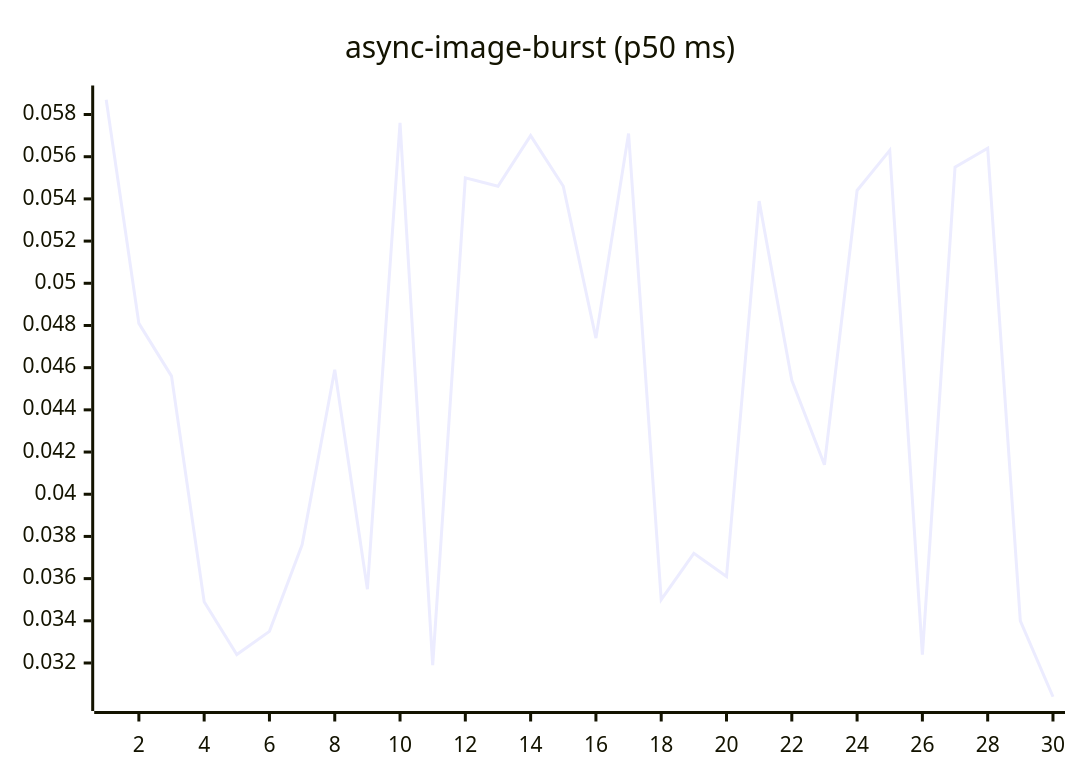
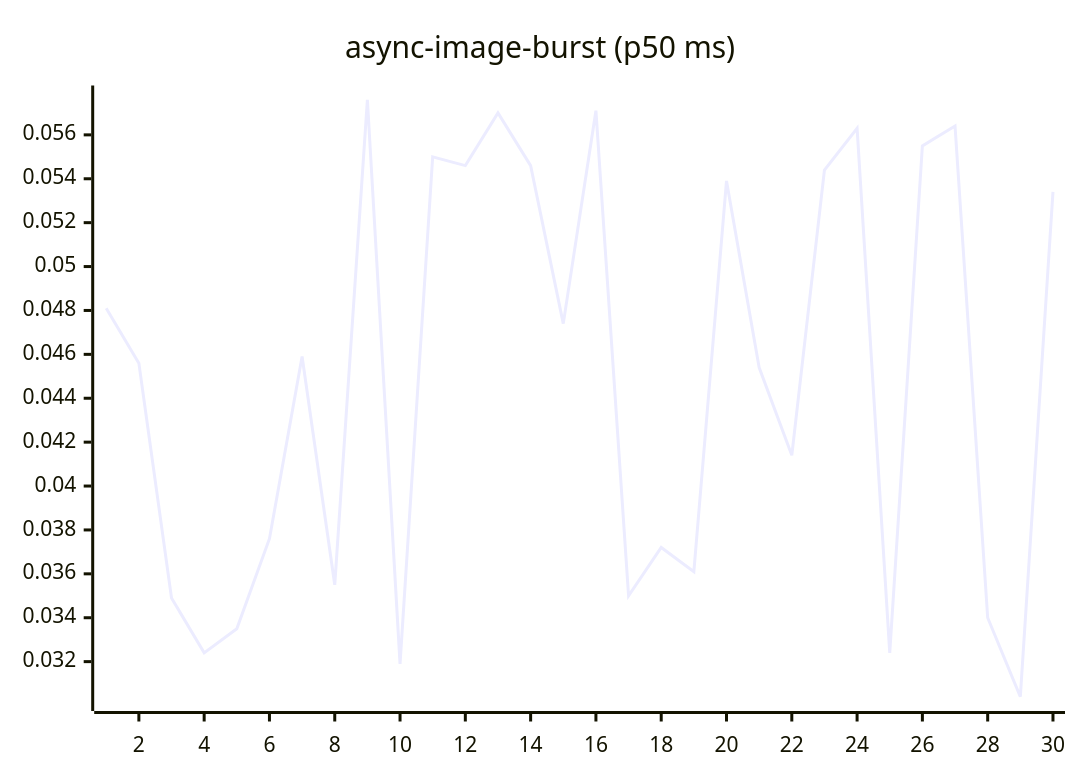
The fourth of 27 diagrams in README.md (josha/Facet), drawn with Mermaid before and after one commit. The commit also changed other lines of this file and 2 other files, not shown here.

````diff
--- a/README.md
+++ b/README.md
@@ -84,6 +84,6 @@
 ```mermaid
 xychart-beta
     title "async-image-burst (p50 ms)"
     x-axis 1 --> 30
-    line [0.0587, 0.0481, 0.0456, 0.0349, 0.0324, 0.0335, 0.0376, 0.0459, 0.0355, 0.0576, 0.0319, 0.0550, 0.0546, 0.0570, 0.0546, 0.0474, 0.0571, 0.0350, 0.0372, 0.0361, 0.0539, 0.0454, 0.0414, 0.0544, 0.0563, 0.0324, 0.0555, 0.0564, 0.0340, 0.0304]
+    line [0.0481, 0.0456, 0.0349, 0.0324, 0.0335, 0.0376, 0.0459, 0.0355, 0.0576, 0.0319, 0.0550, 0.0546, 0.0570, 0.0546, 0.0474, 0.0571, 0.0350, 0.0372, 0.0361, 0.0539, 0.0454, 0.0414, 0.0544, 0.0563, 0.0324, 0.0555, 0.0564, 0.0340, 0.0304, 0.0534]
 ```
````
